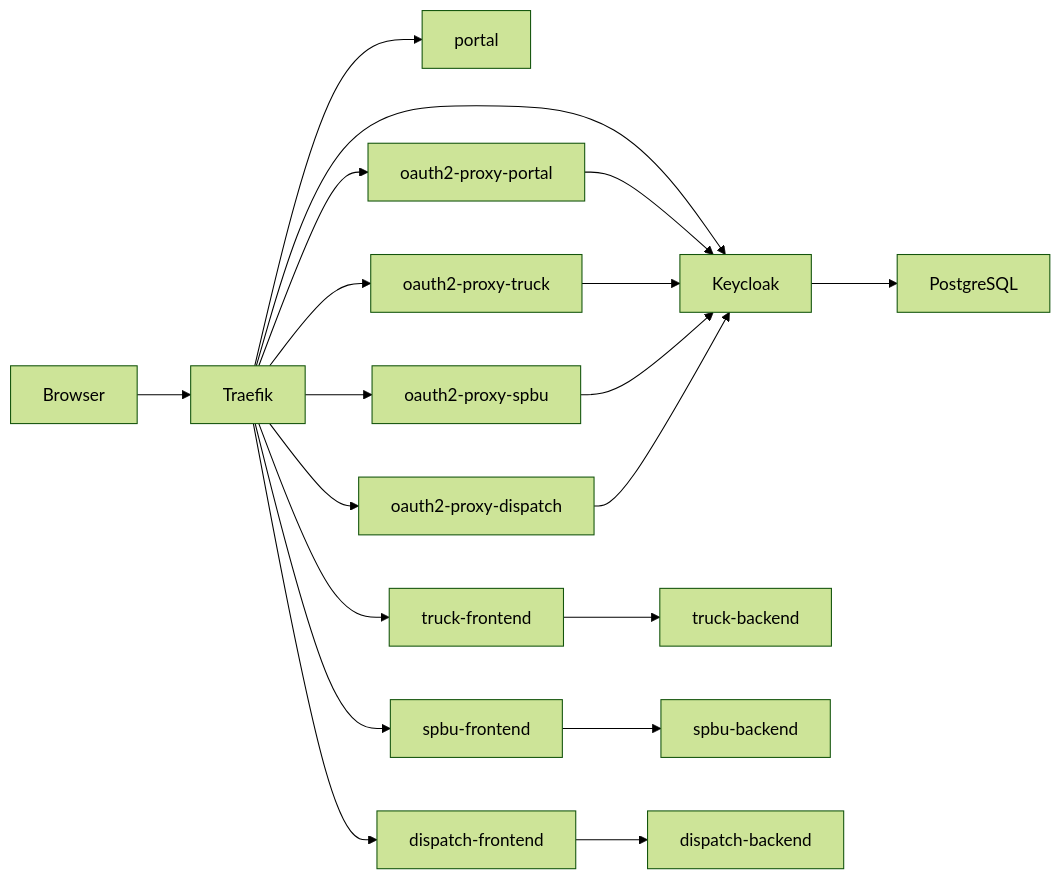
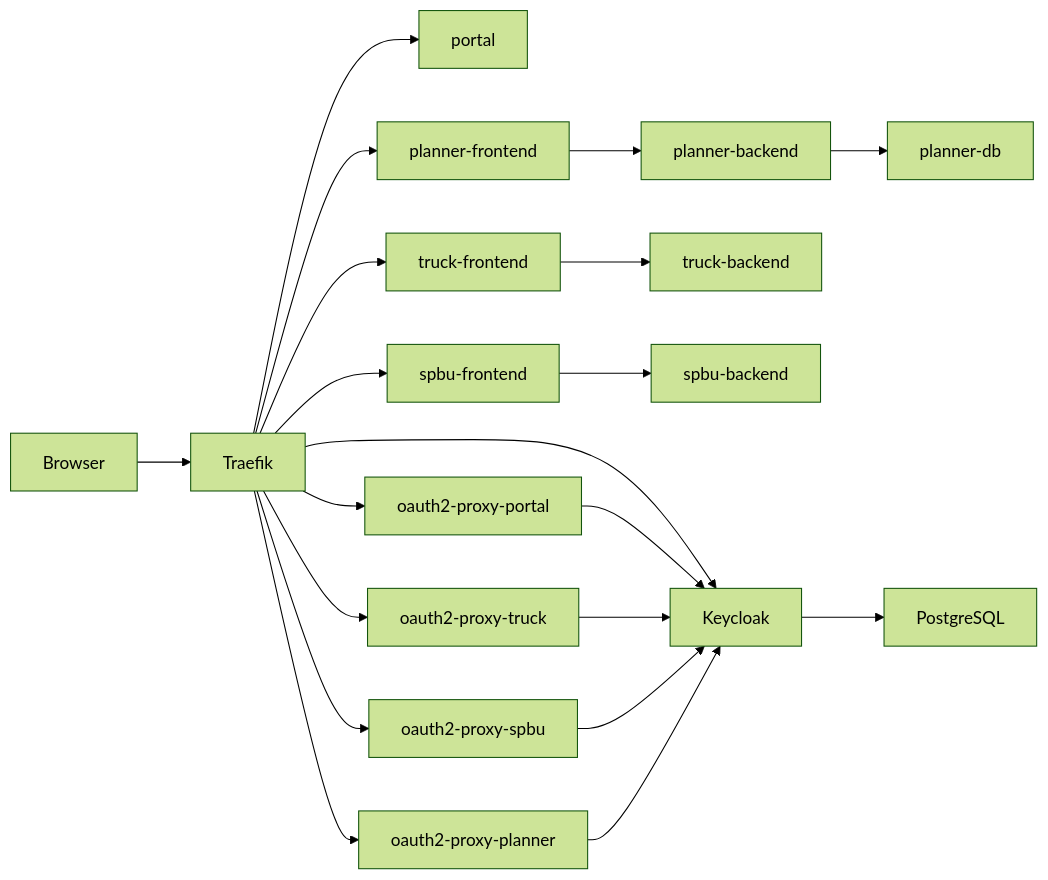
One commit to ferdeh/vrp_infa changed the diagram in docs/architecture-local.md. Above: the diagram before and after it, drawn with Mermaid (forest theme). The commit also changed other lines of this file and 15 other files, not shown here.

````diff
--- a/docs/architecture-local.md
+++ b/docs/architecture-local.md
@@ -16,37 +16,39 @@
 ```mermaid
 flowchart LR
     Browser["Browser"]
     Traefik["Traefik"]
     Portal["portal"]
     Truck["truck-frontend"]
     Spbu["spbu-frontend"]
-    Dispatch["dispatch-frontend"]
+    Planner["planner-frontend"]
     PortalAuth["oauth2-proxy-portal"]
     TruckAuth["oauth2-proxy-truck"]
     SpbuAuth["oauth2-proxy-spbu"]
-    DispatchAuth["oauth2-proxy-dispatch"]
+    PlannerAuth["oauth2-proxy-planner"]
     Keycloak["Keycloak"]
     Postgres["PostgreSQL"]
     TruckApi["truck-backend"]
     SpbuApi["spbu-backend"]
-    DispatchApi["dispatch-backend"]
+    PlannerApi["planner-backend"]
+    PlannerDb["planner-db"]
 
     Browser --> Traefik
     Traefik --> Portal
     Traefik --> Truck
     Traefik --> Spbu
-    Traefik --> Dispatch
+    Traefik --> Planner
     Traefik --> Keycloak
     Traefik --> PortalAuth
     Traefik --> TruckAuth
     Traefik --> SpbuAuth
-    Traefik --> DispatchAuth
+    Traefik --> PlannerAuth
     PortalAuth --> Keycloak
     TruckAuth --> Keycloak
     SpbuAuth --> Keycloak
-    DispatchAuth --> Keycloak
+    PlannerAuth --> Keycloak
     Keycloak --> Postgres
     Truck --> TruckApi
     Spbu --> SpbuApi
-    Dispatch --> DispatchApi
+    Planner --> PlannerApi
+    PlannerApi --> PlannerDb
 ```
````
